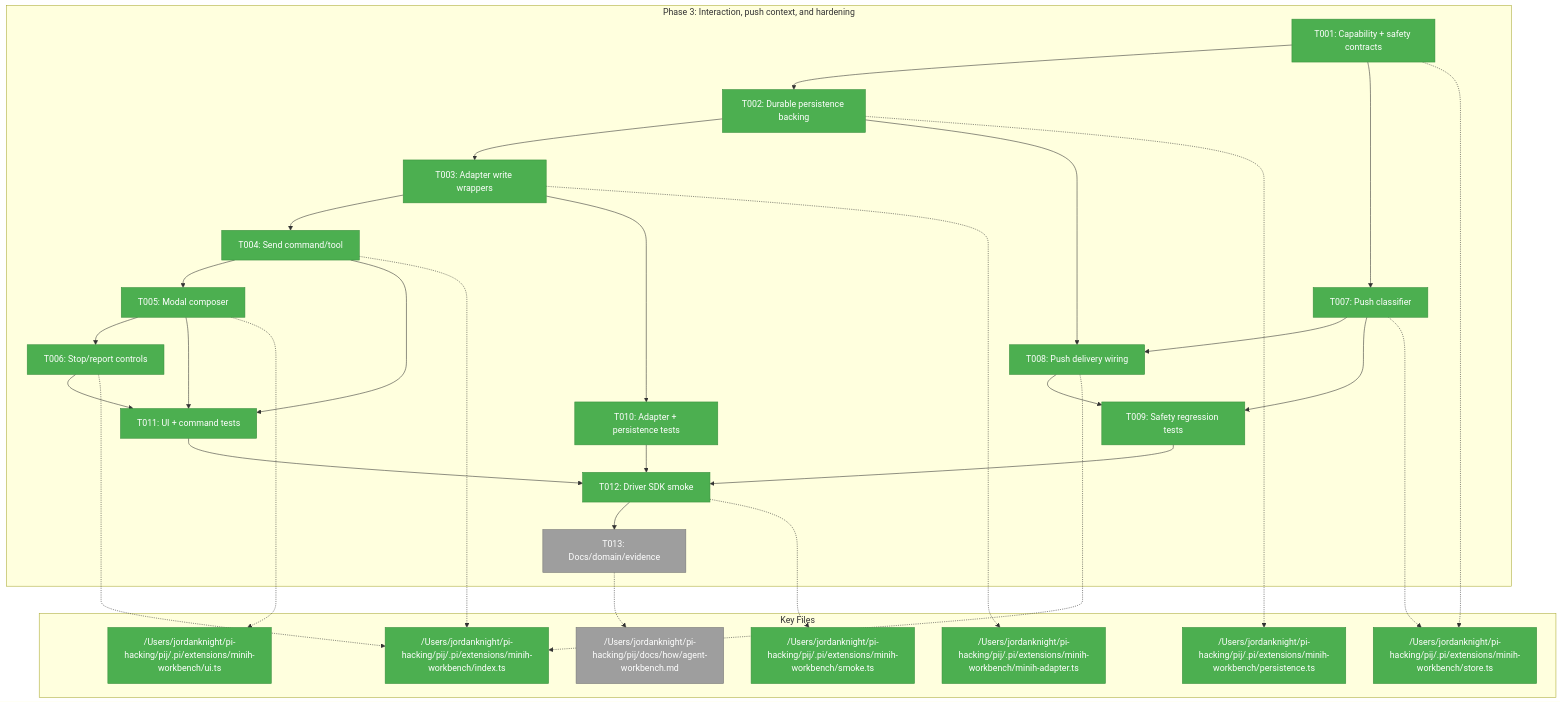
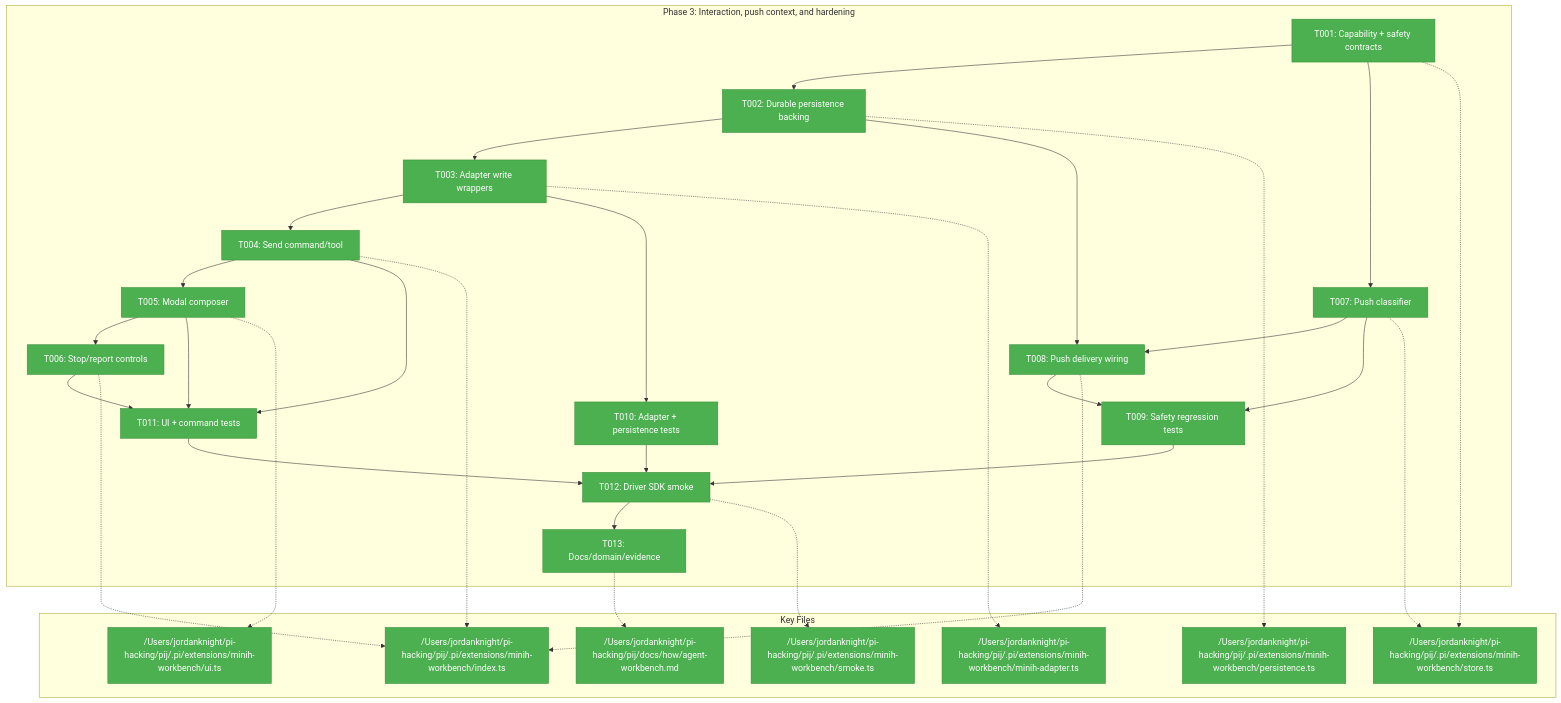
One commit to vaughanknight/pij changed the first of 3 diagrams in docs/plans/007-options-for-pi-extensions-that-do-subagents/tasks/phase-3-interaction-push-context-and-hardening/tasks.md. Above: the diagram before and after it, drawn with Mermaid. The commit also changed other lines of this file and 10 other files, not shown here.

````diff
--- a/docs/plans/007-options-for-pi-extensions-that-do-subagents/tasks/phase-3-interaction-push-context-and-hardening/tasks.md
+++ b/docs/plans/007-options-for-pi-extensions-that-do-subagents/tasks/phase-3-interaction-push-context-and-hardening/tasks.md
@@ -183,55 +183,55 @@
 ```mermaid
 flowchart TD
     classDef pending fill:#9E9E9E,stroke:#757575,color:#fff
     classDef inprogress fill:#FFC107,stroke:#FFA000,color:#000
     classDef completed fill:#4CAF50,stroke:#388E3C,color:#fff
 
     subgraph Phase["Phase 3: Interaction, push context, and hardening"]
         T001["T001: Capability + safety contracts"]:::completed
         T002["T002: Durable persistence backing"]:::completed
         T003["T003: Adapter write wrappers"]:::completed
         T004["T004: Send command/tool"]:::completed
         T005["T005: Modal composer"]:::completed
         T006["T006: Stop/report controls"]:::completed
         T007["T007: Push classifier"]:::completed
         T008["T008: Push delivery wiring"]:::completed
         T009["T009: Safety regression tests"]:::completed
         T010["T010: Adapter + persistence tests"]:::completed
         T011["T011: UI + command tests"]:::completed
         T012["T012: Driver SDK smoke"]:::completed
-        T013["T013: Docs/domain/evidence"]:::pending
+        T013["T013: Docs/domain/evidence"]:::completed
         T001 --> T002 --> T003 --> T004 --> T005 --> T006
         T001 --> T007 --> T008
         T002 --> T008
         T003 --> T010
         T004 --> T011
         T005 --> T011
         T006 --> T011
         T007 --> T009
         T008 --> T009
         T009 --> T012 --> T013
         T010 --> T012
         T011 --> T012
     end
 
     subgraph Files["Key Files"]
         F1["/Users/jordanknight/pi-hacking/pij/.pi/extensions/minih-workbench/store.ts"]:::completed
         F2["/Users/jordanknight/pi-hacking/pij/.pi/extensions/minih-workbench/persistence.ts"]:::completed
         F3["/Users/jordanknight/pi-hacking/pij/.pi/extensions/minih-workbench/minih-adapter.ts"]:::completed
         F4["/Users/jordanknight/pi-hacking/pij/.pi/extensions/minih-workbench/index.ts"]:::completed
         F5["/Users/jordanknight/pi-hacking/pij/.pi/extensions/minih-workbench/ui.ts"]:::completed
         F6["/Users/jordanknight/pi-hacking/pij/.pi/extensions/minih-workbench/smoke.ts"]:::completed
-        F7["/Users/jordanknight/pi-hacking/pij/docs/how/agent-workbench.md"]:::pending
+        F7["/Users/jordanknight/pi-hacking/pij/docs/how/agent-workbench.md"]:::completed
     end
 
     T001 -.-> F1
     T002 -.-> F2
     T003 -.-> F3
     T004 -.-> F4
     T005 -.-> F5
     T006 -.-> F4
     T007 -.-> F1
     T008 -.-> F4
     T012 -.-> F6
     T013 -.-> F7
 ```
````
